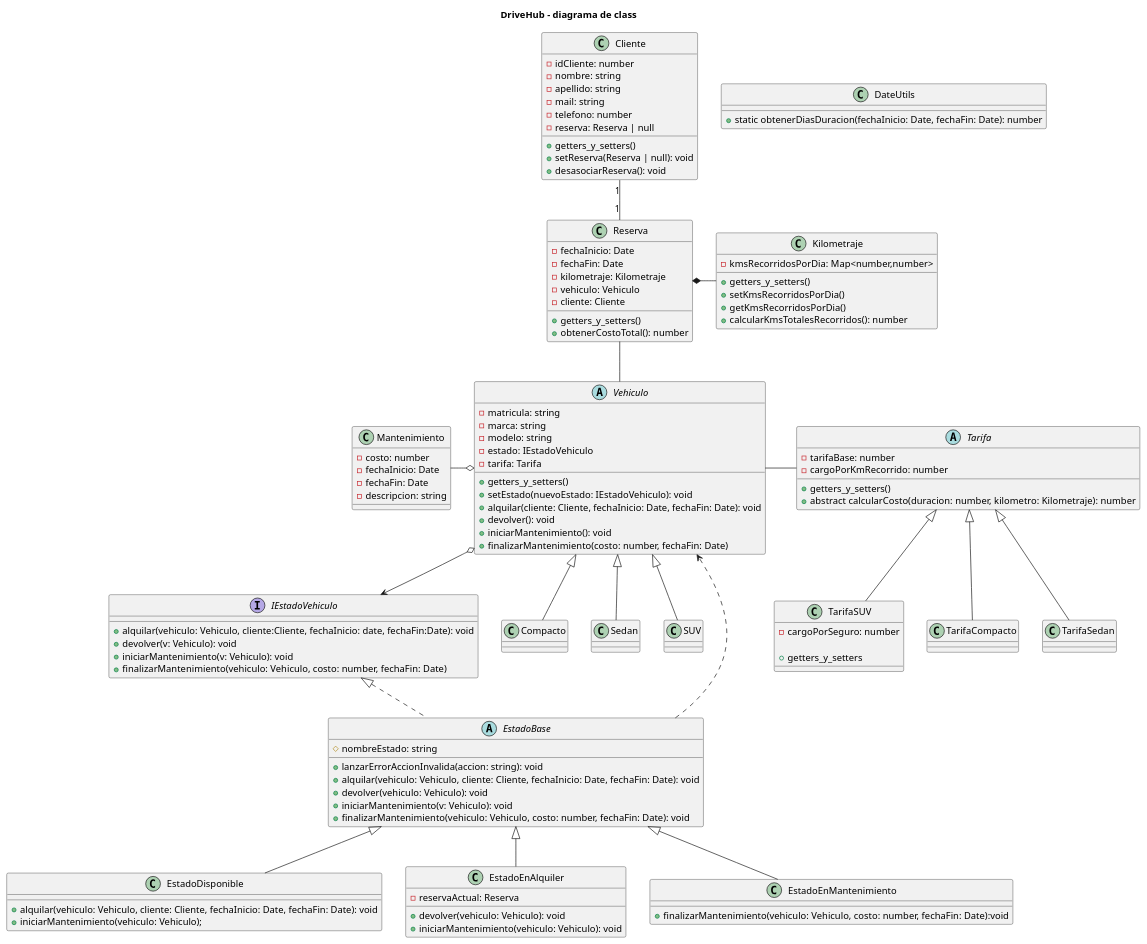
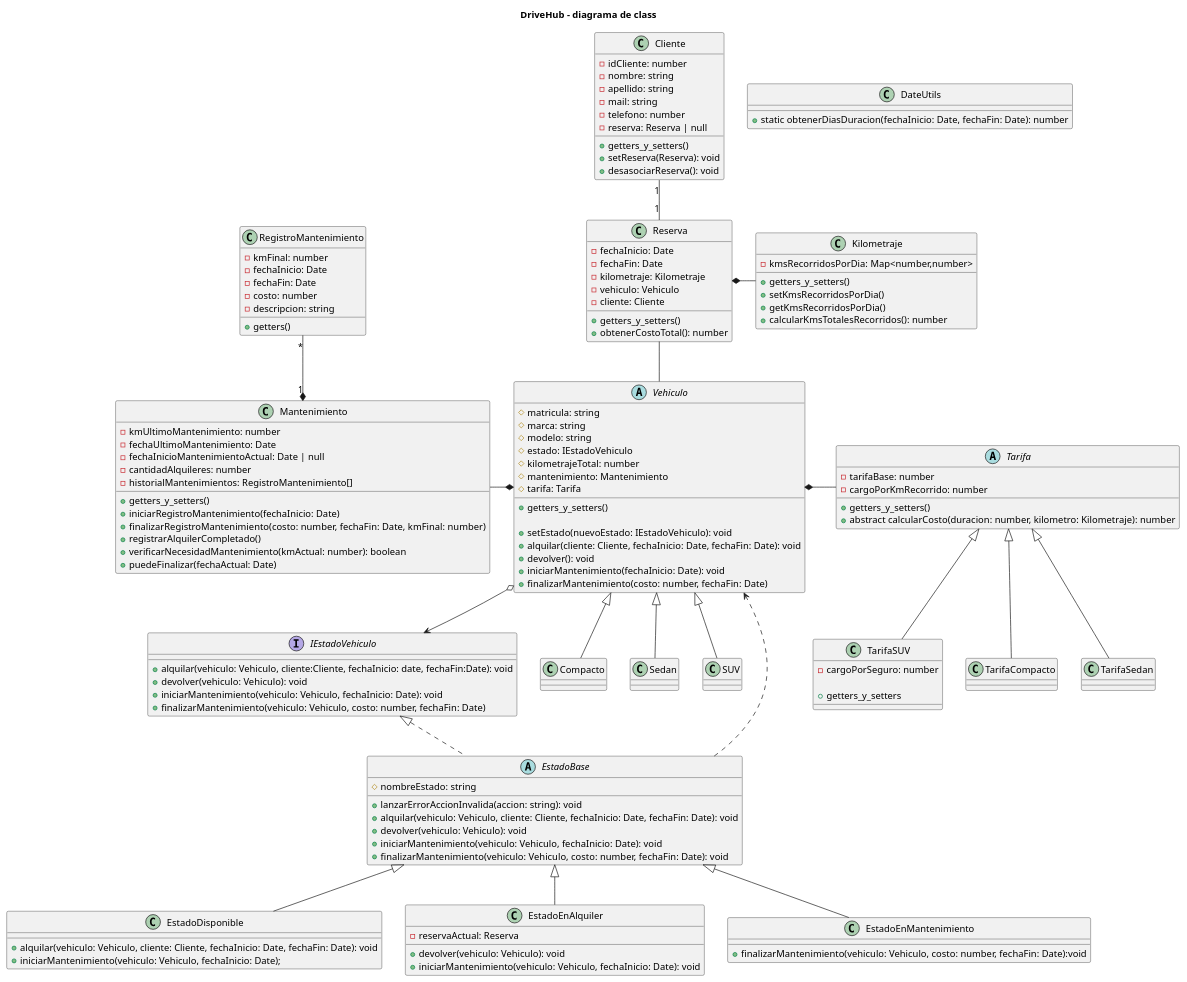
Before and after one commit to begueagustinhernan/tp-prog2-pruebas: the diagram in diagramas/clases.puml, drawn with PlantUML.

Commit message:
Modificacion diagrama de clases: Nueva logica Mantenimiento

```diff
--- a/diagramas/clases.puml
+++ b/diagramas/clases.puml
@@ -1,132 +1,152 @@
 @startuml DriveHub
 
 title DriveHub - diagrama de class
 
 abstract class Vehiculo {
-    - matricula: string
-    - marca: string
-    - modelo: string
-    - estado: IEstadoVehiculo
-    ' - mantenimiento: Mantenimiento
-    - tarifa: Tarifa
+    # matricula: string
+    # marca: string
+    # modelo: string
+    # estado: IEstadoVehiculo
+    # kilometrajeTotal: number
+    # mantenimiento: Mantenimiento
+    # tarifa: Tarifa
 
     + getters_y_setters()
+
     + setEstado(nuevoEstado: IEstadoVehiculo): void
     + alquilar(cliente: Cliente, fechaInicio: Date, fechaFin: Date): void
     + devolver(): void
-    + iniciarMantenimiento(): void
+    + iniciarMantenimiento(fechaInicio: Date): void
     + finalizarMantenimiento(costo: number, fechaFin: Date)
 }
 
 abstract class Tarifa{
     - tarifaBase: number
     - cargoPorKmRecorrido: number
     + getters_y_setters()
     + abstract calcularCosto(duracion: number, kilometro: Kilometraje): number
 }
 
 class TarifaSUV extends Tarifa {
     - cargoPorSeguro: number
 
     + getters_y_setters
 }
 
 
 class Cliente {
     - idCliente: number
     - nombre: string
     - apellido: string
     - mail: string
     - telefono: number
     - reserva: Reserva | null
     + getters_y_setters()
-    + setReserva(Reserva | null): void
+    + setReserva(Reserva): void
     + desasociarReserva(): void
 }
 
 class Kilometraje{
     -kmsRecorridosPorDia: Map<number,number>
 
     + getters_y_setters()
     + setKmsRecorridosPorDia()
     + getKmsRecorridosPorDia()
     + calcularKmsTotalesRecorridos(): number
 }
 
-' modificar segun parte2
-class Mantenimiento{
-    - costo: number
+class Mantenimiento {
+    - kmUltimoMantenimiento: number
+    - fechaUltimoMantenimiento: Date
+    - fechaInicioMantenimientoActual: Date | null
+    - cantidadAlquileres: number
+    - historialMantenimientos: RegistroMantenimiento[]
+
+    + getters_y_setters()
+    + iniciarRegistroMantenimiento(fechaInicio: Date)
+    + finalizarRegistroMantenimiento(costo: number, fechaFin: Date, kmFinal: number)
+    + registrarAlquilerCompletado()
+    + verificarNecesidadMantenimiento(kmActual: number): boolean
+    + puedeFinalizar(fechaActual: Date)
+}
+
+class RegistroMantenimiento {
+    - kmFinal: number
     - fechaInicio: Date
     - fechaFin: Date
+    - costo: number
     - descripcion: string
+
+    + getters()
 }
 
 class Reserva{
     - fechaInicio: Date
     - fechaFin: Date
     - kilometraje: Kilometraje
     - vehiculo: Vehiculo
     - cliente: Cliente
     + getters_y_setters()
     + obtenerCostoTotal(): number
 }
 
 class DateUtils {
     + static obtenerDiasDuracion(fechaInicio: Date, fechaFin: Date): number
 }
 
 
 interface IEstadoVehiculo {
     + alquilar(vehiculo: Vehiculo, cliente:Cliente, fechaInicio: date, fechaFin:Date): void
-    + devolver(v: Vehiculo): void
-    + iniciarMantenimiento(v: Vehiculo): void
+    + devolver(vehiculo: Vehiculo): void
+    + iniciarMantenimiento(vehiculo: Vehiculo, fechaInicio: Date): void
     + finalizarMantenimiento(vehiculo: Vehiculo, costo: number, fechaFin: Date)
 }
 
 abstract class EstadoBase implements IEstadoVehiculo {
     # nombreEstado: string
     + lanzarErrorAccionInvalida(accion: string): void
     + alquilar(vehiculo: Vehiculo, cliente: Cliente, fechaInicio: Date, fechaFin: Date): void
     + devolver(vehiculo: Vehiculo): void
-    + iniciarMantenimiento(v: Vehiculo): void
+    + iniciarMantenimiento(vehiculo: Vehiculo, fechaInicio: Date): void
     + finalizarMantenimiento(vehiculo: Vehiculo, costo: number, fechaFin: Date): void
 }
 
 class EstadoDisponible extends EstadoBase  {
     + alquilar(vehiculo: Vehiculo, cliente: Cliente, fechaInicio: Date, fechaFin: Date): void
-    + iniciarMantenimiento(vehiculo: Vehiculo);
+    + iniciarMantenimiento(vehiculo: Vehiculo, fechaInicio: Date);
 }
 
 class EstadoEnAlquiler extends EstadoBase  {
     - reservaActual: Reserva
     + devolver(vehiculo: Vehiculo): void
-    + iniciarMantenimiento(vehiculo: Vehiculo): void
+    + iniciarMantenimiento(vehiculo: Vehiculo, fechaInicio: Date): void
 }
 
 class EstadoEnMantenimiento extends EstadoBase  {
     + finalizarMantenimiento(vehiculo: Vehiculo, costo: number, fechaFin: Date):void
 }
 
 
 ' Relaciones
 
 Vehiculo <|-d- Compacto
 Vehiculo <|-d- Sedan
 Vehiculo <|-d- SUV
 
 Tarifa <|-d- TarifaCompacto
 Tarifa <|-d- TarifaSedan
 
-Vehiculo -r- Tarifa
-Vehiculo o-l- Mantenimiento
+Vehiculo *-r- Tarifa
+Vehiculo *-l- Mantenimiento
 Vehiculo o--> IEstadoVehiculo
 
 Reserva -- Vehiculo
 Reserva *-r- Kilometraje
 
 Cliente "1" -- "1" Reserva
 EstadoBase ..> Vehiculo
+Mantenimiento "1" *-u- "*" RegistroMantenimiento
 
 
 
 @enduml
```
